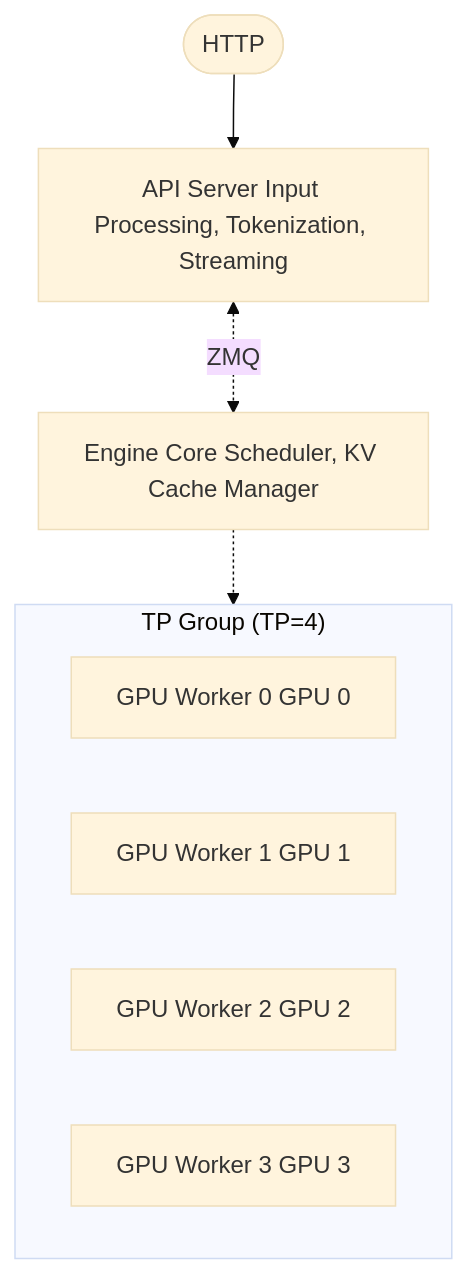
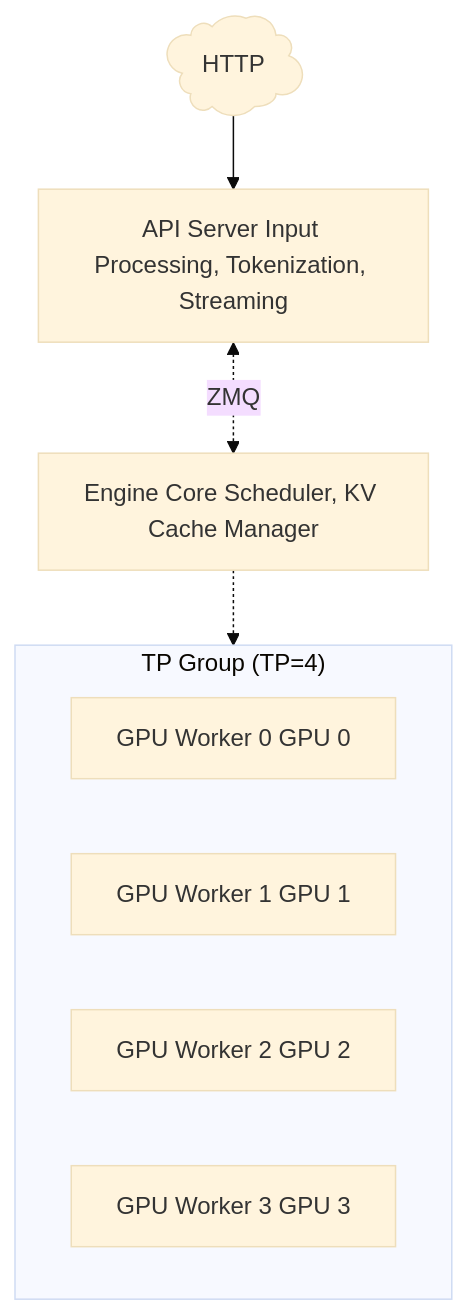
One commit to aireilly/rh-mermaid-svg changed the diagram in v1_process_architecture_tp4.mmd. Above: the diagram before and after it, drawn with Mermaid (base theme). The commit also changed 4 other files, not shown here.

```diff
--- a/v1_process_architecture_tp4.mmd
+++ b/v1_process_architecture_tp4.mmd
@@ -1,20 +1,20 @@
 flowchart TB
-    HTTP([HTTP]) --> API
+    HTTP@{ shape: cloud, label: "HTTP" } --> API
 
     API["API Server Input Processing, Tokenization, Streaming"]
 
     API <-.->|"ZMQ"| EC
 
     EC["Engine Core Scheduler, KV Cache Manager"]
 
     subgraph TP["TP Group (TP=4)"]
         GW0["GPU Worker 0 GPU 0"]
         GW1["GPU Worker 1 GPU 1"]
         GW2["GPU Worker 2 GPU 2"]
         GW3["GPU Worker 3 GPU 3"]
     end
 
     EC -.-> TP
 
     %% Cluster colors
     %% style TP fill:#e0f0ff,stroke:#0066cc
```
